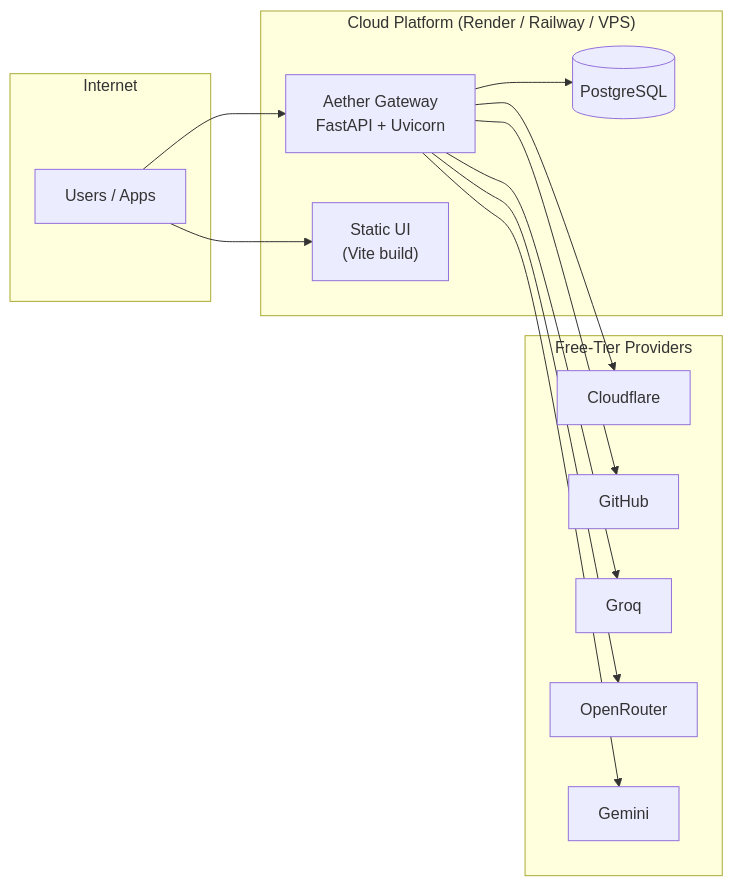
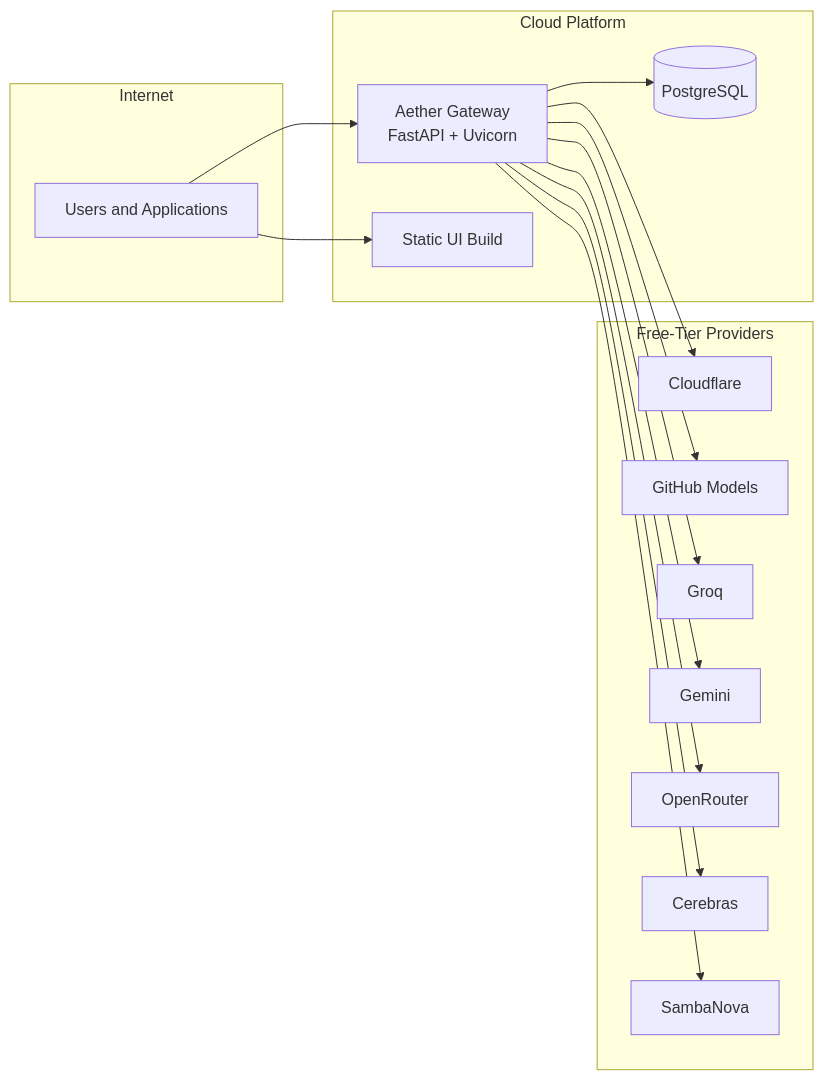
Before and after one commit to nleins5/free-ai-gateway: the fifth of 5 diagrams in README.md, drawn with Mermaid. The commit also changed other lines of this file, not shown here.

````diff
--- a/README.md
+++ b/README.md
@@ -332,29 +433,33 @@
 ```mermaid
 graph LR
     subgraph Internet
-        USER["Users / Apps"]
+        USER["Users and Applications"]
     end
 
-    subgraph Cloud ["Cloud Platform (Render / Railway / VPS)"]
+    subgraph Cloud ["Cloud Platform"]
         GW["Aether Gateway<br/>FastAPI + Uvicorn"]
         PG[(PostgreSQL)]
-        UI["Static UI<br/>(Vite build)"]
+        UI["Static UI Build"]
     end
 
     subgraph External ["Free-Tier Providers"]
         P1["Cloudflare"]
-        P2["GitHub"]
+        P2["GitHub Models"]
         P3["Groq"]
-        P4["OpenRouter"]
-        P5["Gemini"]
+        P4["Gemini"]
+        P5["OpenRouter"]
+        P6["Cerebras"]
+        P7["SambaNova"]
     end
 
     USER --> UI
     USER --> GW
     GW --> PG
     GW --> P1
     GW --> P2
     GW --> P3
     GW --> P4
     GW --> P5
+    GW --> P6
+    GW --> P7
 ```
````
